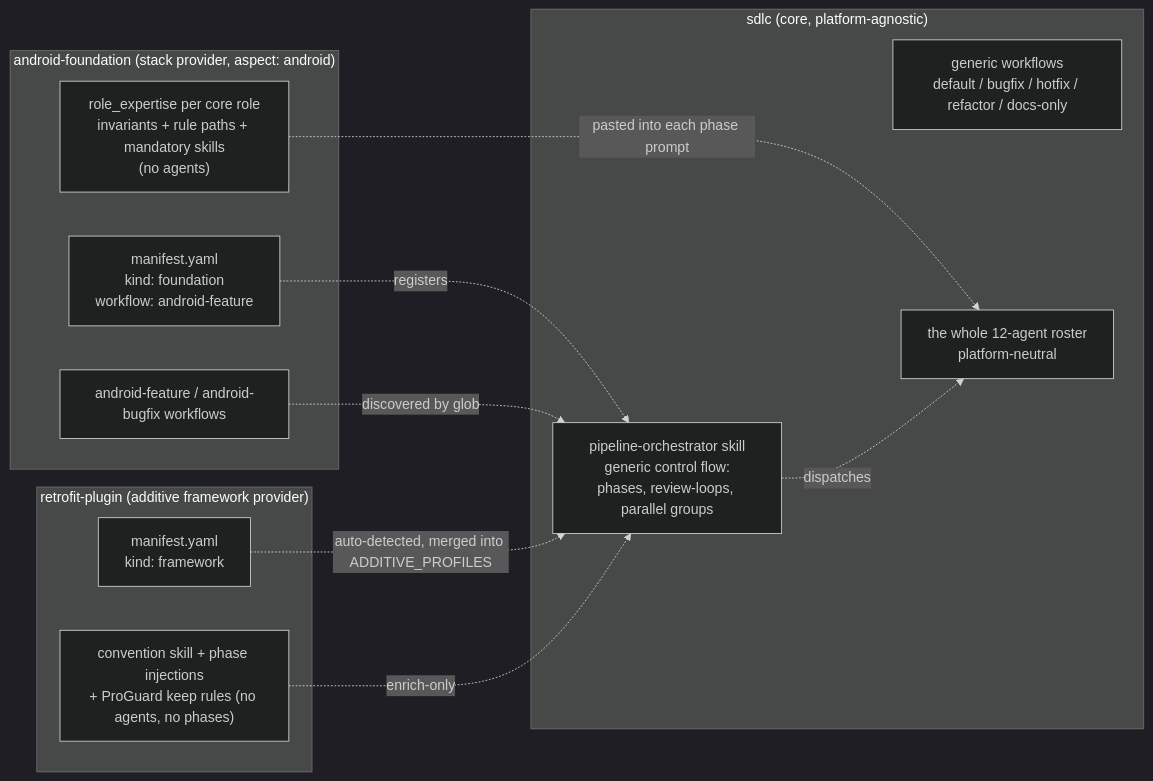
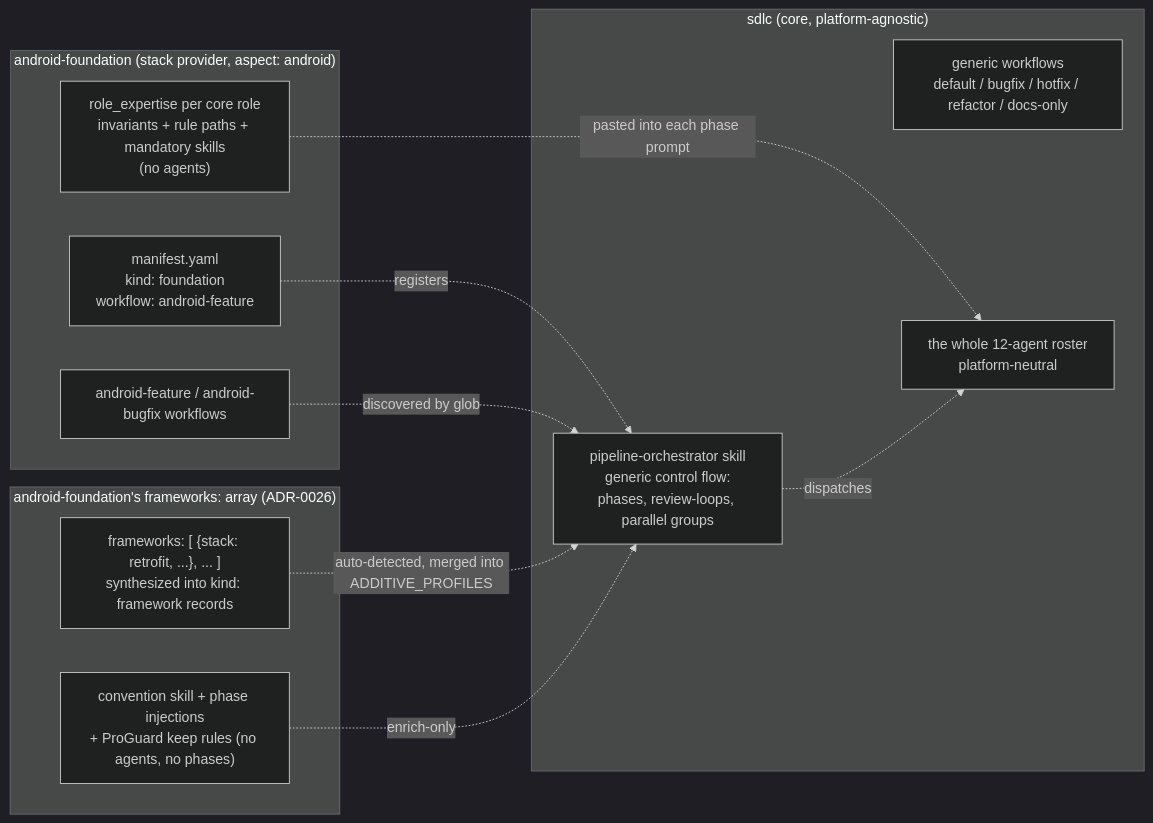
One commit to Nuclominus/agentic-sdlc-pluguin changed the second of 3 diagrams in docs/WORKFLOW.md. Above: the diagram before and after it, drawn with Mermaid (dark theme). The commit also changed other lines of this file and 97 other files, not shown here.

First line of the commit message:
feat(android-foundation): embed framework providers (ADR-0026)

````diff
--- a/docs/WORKFLOW.md
+++ b/docs/WORKFLOW.md
@@ -28,23 +28,23 @@
 ```mermaid
 flowchart LR
     subgraph CORE["sdlc (core, platform-agnostic)"]
       ORC["pipeline-orchestrator skill<br/>generic control flow:<br/>phases, review-loops, parallel groups"]
       WF["generic workflows<br/>default / bugfix / hotfix / refactor / docs-only"]
       FB["the whole 12-agent roster<br/>platform-neutral"]
     end
     subgraph AND["android-foundation (stack provider, aspect: android)"]
       AST["manifest.yaml<br/>kind: foundation<br/>workflow: android-feature"]
       AAG["role_expertise per core role<br/>invariants + rule paths + mandatory skills<br/>(no agents)"]
       AWF["android-feature / android-bugfix workflows"]
     end
-    subgraph RET["retrofit-plugin (additive framework provider)"]
-      RFM["manifest.yaml<br/>kind: framework"]
+    subgraph RET["android-foundation's frameworks: array (ADR-0026)"]
+      RFM["frameworks: [ {stack: retrofit, ...}, ... ]<br/>synthesized into kind: framework records"]
       RSK["convention skill + phase injections<br/>+ ProGuard keep rules (no agents, no phases)"]
     end
     AST -. registers .-> ORC
     AWF -. discovered by glob .-> ORC
     AAG -. pasted into each phase prompt .-> FB
     ORC -. dispatches .-> FB
     RFM -. auto-detected, merged into ADDITIVE_PROFILES .-> ORC
     RSK -. enrich-only .-> ORC
 ```
````
